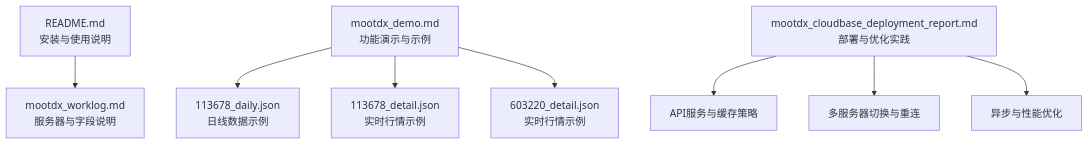
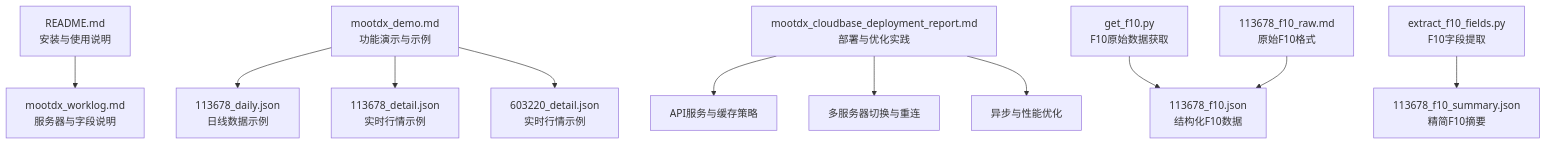
The first of 7 diagrams in .qoder/repowiki/zh/content/技术实现/技术实现.md (MORECORIANDERS/SCBE-web), drawn with Mermaid before and after one commit. The commit also changed other lines of this file and 16 other files, not shown here.

````diff
--- a/.qoder/repowiki/zh/content/技术实现/技术实现.md
+++ b/.qoder/repowiki/zh/content/技术实现/技术实现.md
@@ -37,10 +44,13 @@
 ```mermaid
 graph TB
 A["README.md<br/>安装与使用说明"] --> C["mootdx_worklog.md<br/>服务器与字段说明"]
 B["mootdx_demo.md<br/>功能演示与示例"] --> D["113678_daily.json<br/>日线数据示例"]
 B --> E["113678_detail.json<br/>实时行情示例"]
 B --> F["603220_detail.json<br/>实时行情示例"]
 G["mootdx_cloudbase_deployment_report.md<br/>部署与优化实践"] --> H["API服务与缓存策略"]
 G --> I["多服务器切换与重连"]
 G --> J["异步与性能优化"]
+K["get_f10.py<br/>F10原始数据获取"] --> L["113678_f10.json<br/>结构化F10数据"]
+M["extract_f10_fields.py<br/>F10字段提取"] --> N["113678_f10_summary.json<br/>精简F10摘要"]
+O["113678_f10_raw.md<br/>原始F10格式"] --> L
 ```
````
